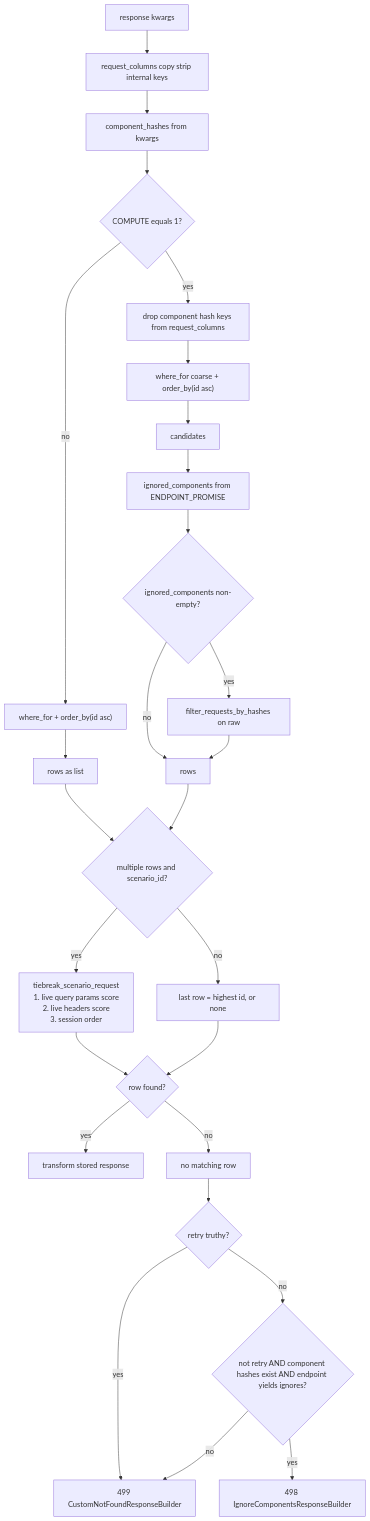
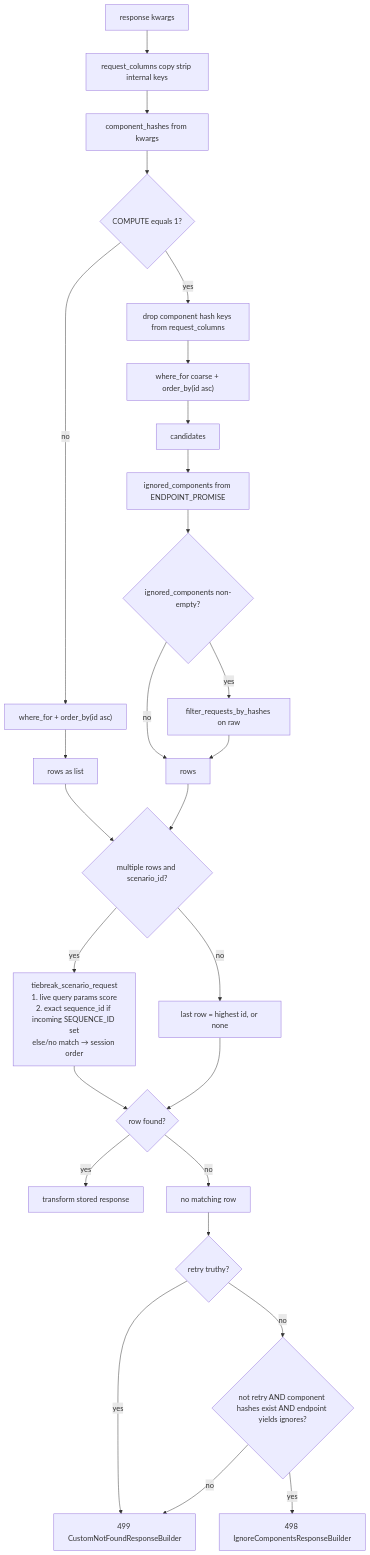
The second of 3 diagrams in docs/mock-request-matching.md (Stoobly/stoobly-agent), drawn with Mermaid before and after one commit. The commit also changed other lines of this file and 19 other files, not shown here.

Commit message:
Support request sequence_id column and tiebreak by sequence id

````diff
--- a/docs/mock-request-matching.md
+++ b/docs/mock-request-matching.md
@@ -119,33 +124,33 @@
 ```mermaid
 flowchart TB
   Start[response kwargs]
   Col[request_columns copy strip internal keys]
   Snap[component_hashes from kwargs]
   Comp{COMPUTE equals 1?}
   Start --> Col --> Snap --> Comp
   Comp -->|no| ORM1["where_for + order_by(id asc)"]
   ORM1 --> Rows1[rows as list]
   Comp -->|yes| Strip[drop component hash keys from request_columns]
   Strip --> ORM2["where_for coarse + order_by(id asc)"]
   ORM2 --> Rows2[candidates]
   Rows2 --> IG[ignored_components from ENDPOINT_PROMISE]
   IG --> CF{ignored_components non-empty?}
   CF -->|yes| Filt[filter_requests_by_hashes on raw]
   CF -->|no| Rows3[rows]
   Filt --> Rows3[rows]
   Rows1 --> Multi
   Rows3 --> Multi
   Multi{multiple rows and scenario_id?}
-  Multi -->|yes| TB["tiebreak_scenario_request<br/>1. live query params score<br/>2. live headers score<br/>3. session order"]
+  Multi -->|yes| TB["tiebreak_scenario_request<br/>1. live query params score<br/>2. exact sequence_id if incoming SEQUENCE_ID set<br/>else/no match → session order"]
   Multi -->|no| Last[last row = highest id, or none]
   TB --> Got
   Last --> Got
   Got{row found?}
   Got -->|yes| OK[transform stored response]
   Got -->|no| NFD[no matching row]
   NFD --> RY{retry truthy?}
   RY -->|yes| R499[499 CustomNotFoundResponseBuilder]
   RY -->|no| EP2{not retry AND component hashes exist AND endpoint yields ignores?}
   EP2 -->|yes| R498[498 IgnoreComponentsResponseBuilder]
   EP2 -->|no| R499
 ```
````
